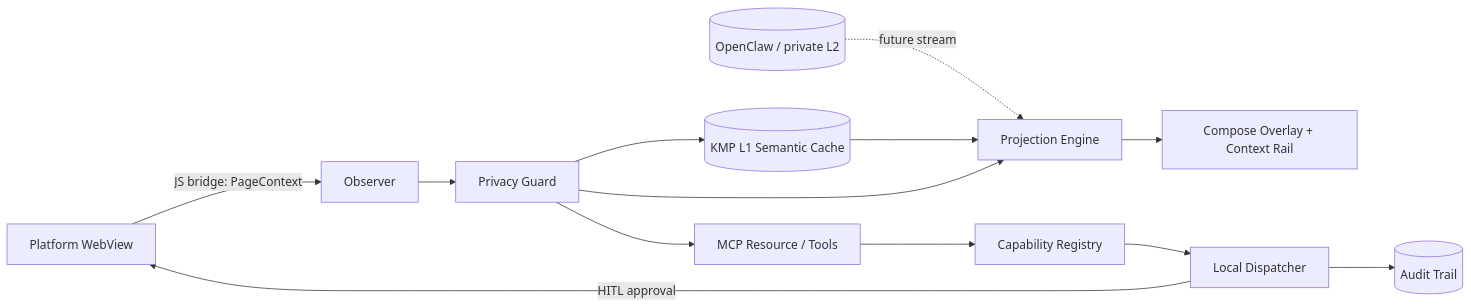
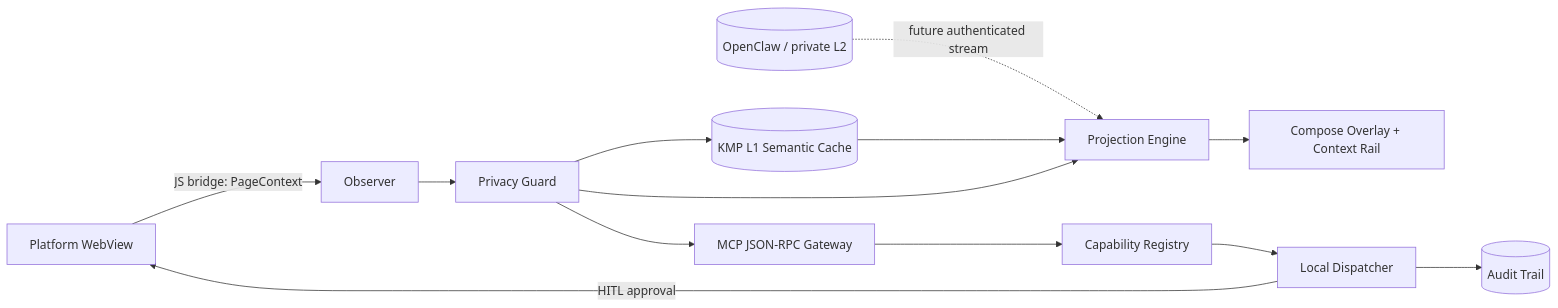
Before and after one commit to ed3c/kotlin-auto-webview: the first of 2 diagrams in README.md, drawn with Mermaid. The commit also changed other lines of this file and 5 other files, not shown here.

````diff
--- a/README.md
+++ b/README.md
@@ -26,15 +26,15 @@
 ```mermaid
 flowchart LR
     WEB[Platform WebView] -->|JS bridge: PageContext| OBS[Observer]
     OBS --> PRIV[Privacy Guard]
     PRIV --> L1[(KMP L1 Semantic Cache)]
-    L2[(OpenClaw / private L2)] -. future stream .-> MATCH[Projection Engine]
+    L2[(OpenClaw / private L2)] -. future authenticated stream .-> MATCH[Projection Engine]
     L1 --> MATCH
     PRIV --> MATCH
     MATCH --> UI[Compose Overlay + Context Rail]
-    PRIV --> MCP[MCP Resource / Tools]
+    PRIV --> MCP[MCP JSON-RPC Gateway]
     MCP --> POLICY[Capability Registry]
     POLICY --> DISP[Local Dispatcher]
     DISP -->|HITL approval| WEB
     DISP --> AUDIT[(Audit Trail)]
 ```
````
